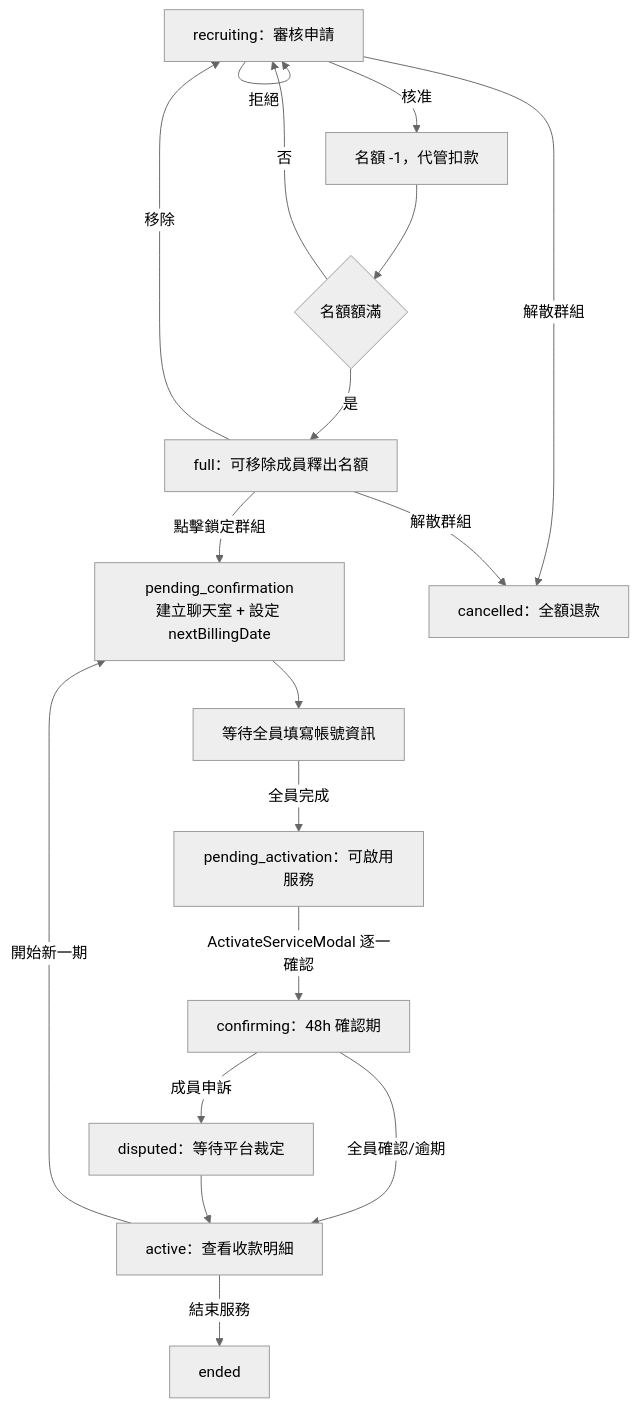
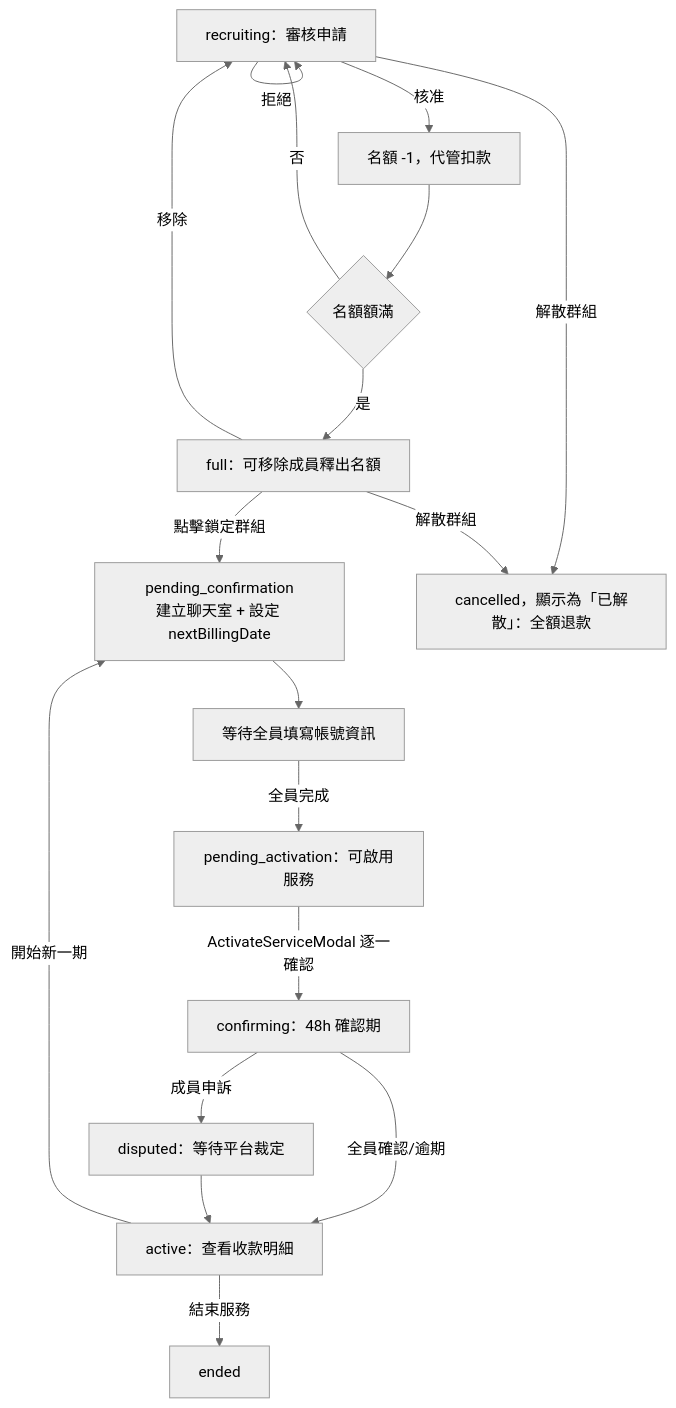
Before and after one commit to s1092055/PartyMatch: the diagram in docs/flows/my-groups-host-flow.md, drawn with Mermaid (neutral theme). The commit also changed other lines of this file and 30 other files, not shown here.

````diff
--- a/docs/flows/my-groups-host-flow.md
+++ b/docs/flows/my-groups-host-flow.md
@@ -8,20 +8,20 @@
 ```mermaid
 flowchart TD
     A[recruiting：審核申請] -->|核准| B[名額 -1，代管扣款]
     A -->|拒絕| A
     B --> C{名額額滿}
     C -->|是| D[full：可移除成員釋出名額]
     C -->|否| A
     D -->|移除| A
     D -->|點擊鎖定群組| E[pending_confirmation\n建立聊天室 + 設定 nextBillingDate]
     E --> F[等待全員填寫帳號資訊]
     F -->|全員完成| G[pending_activation：可啟用服務]
     G -->|ActivateServiceModal 逐一確認| H[confirming：48h 確認期]
     H -->|全員確認/逾期| I[active：查看收款明細]
     H -->|成員申訴| J[disputed：等待平台裁定]
     J --> I
     I -->|開始新一期| E
     I -->|結束服務| K[ended]
-    A -->|解散群組| L[cancelled：全額退款]
+    A -->|解散群組| L[cancelled，顯示為「已解散」：全額退款]
     D -->|解散群組| L
 ```
````
